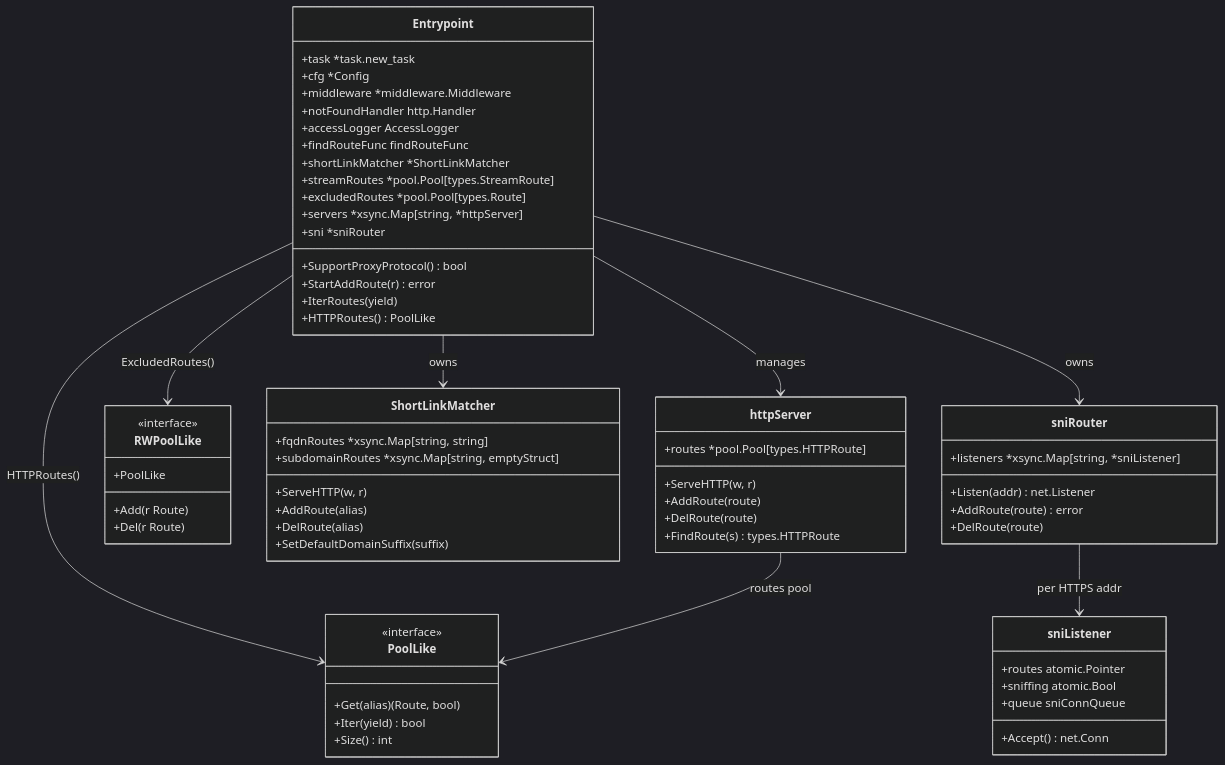
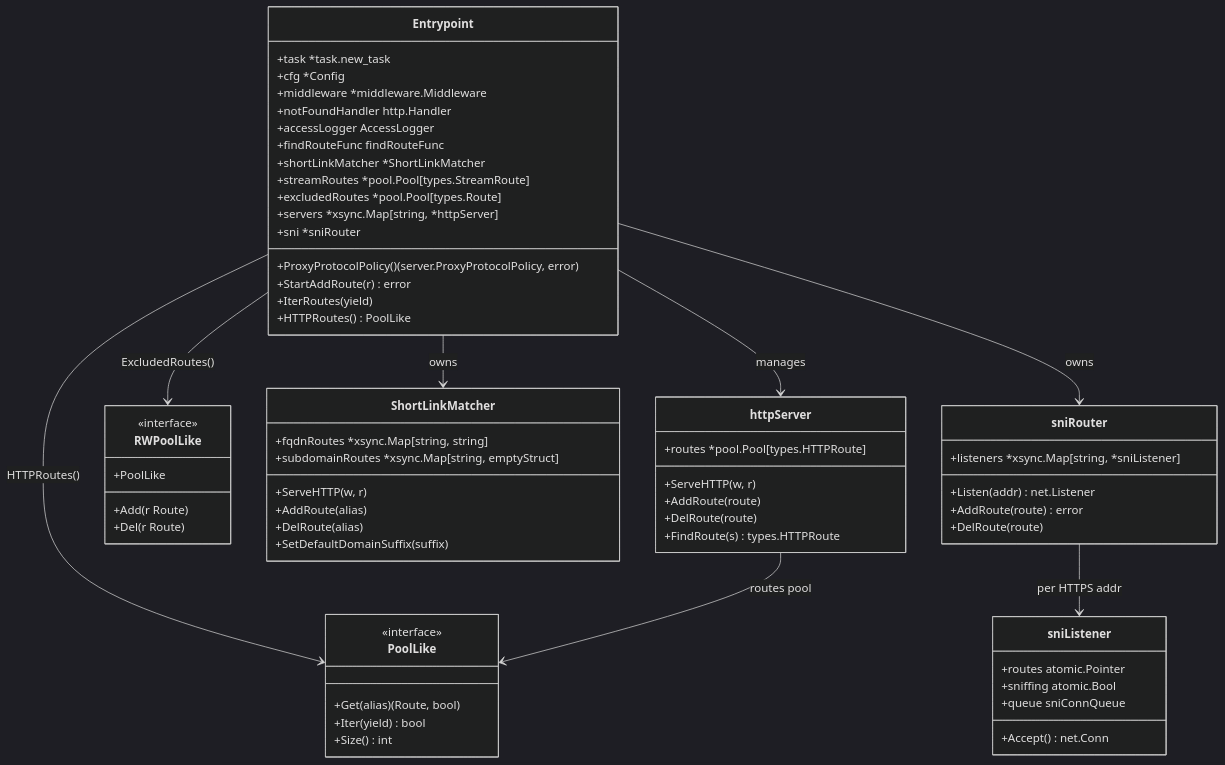
Before and after one commit to yusing/godoxy-wiki: the first of 5 diagrams in content/docs/impl/internal-entrypoint.mdx, drawn with Mermaid (dark theme). The commit also changed other lines of this file and 3 other files, not shown here.

First line of the commit message:
docs(godoxy): document proxy protocol policies and health monitoring changes

````diff
--- a/content/docs/impl/internal-entrypoint.mdx
+++ b/content/docs/impl/internal-entrypoint.mdx
@@ -223,73 +224,73 @@
 ```mermaid
 classDiagram
     class Entrypoint {
         +task *task.new_task
         +cfg *Config
         +middleware *middleware.Middleware
         +notFoundHandler http.Handler
         +accessLogger AccessLogger
         +findRouteFunc findRouteFunc
         +shortLinkMatcher *ShortLinkMatcher
         +streamRoutes *pool.Pool\[types.StreamRoute\]
         +excludedRoutes *pool.Pool\[types.Route\]
         +servers *xsync.Map\[string, *httpServer\]
         +sni *sniRouter
-        +SupportProxyProtocol() bool
+        +ProxyProtocolPolicy() (server.ProxyProtocolPolicy, error)
         +StartAddRoute(r) error
         +IterRoutes(yield)
         +HTTPRoutes() PoolLike
     }
 
     class httpServer {
         +routes *pool.Pool\[types.HTTPRoute\]
         +ServeHTTP(w, r)
         +AddRoute(route)
         +DelRoute(route)
         +FindRoute(s) types.HTTPRoute
     }
 
     class PoolLike {
         <<interface>>
         +Get(alias) (Route, bool)
         +Iter(yield) bool
         +Size() int
     }
 
     class RWPoolLike {
         <<interface>>
         +PoolLike
         +Add(r Route)
         +Del(r Route)
     }
 
     class ShortLinkMatcher {
         +fqdnRoutes *xsync.Map\[string, string\]
         +subdomainRoutes *xsync.Map\[string, emptyStruct\]
         +ServeHTTP(w, r)
         +AddRoute(alias)
         +DelRoute(alias)
         +SetDefaultDomainSuffix(suffix)
     }
 
     class sniRouter {
         +listeners *xsync.Map\[string, *sniListener\]
         +Listen(addr) net.Listener
         +AddRoute(route) error
         +DelRoute(route)
     }
 
     class sniListener {
         +routes atomic.Pointer
         +sniffing atomic.Bool
         +queue sniConnQueue
         +Accept() net.Conn
     }
 
     Entrypoint --> httpServer : manages
     Entrypoint --> ShortLinkMatcher : owns
     Entrypoint --> sniRouter : owns
     sniRouter --> sniListener : per HTTPS addr
     Entrypoint --> PoolLike : HTTPRoutes()
     Entrypoint --> RWPoolLike : ExcludedRoutes()
     httpServer --> PoolLike : routes pool
 ```
````
